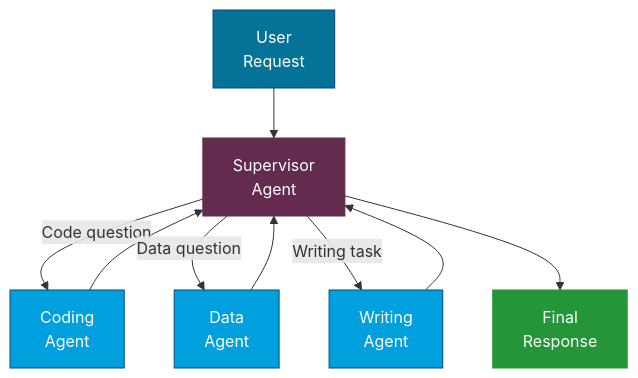
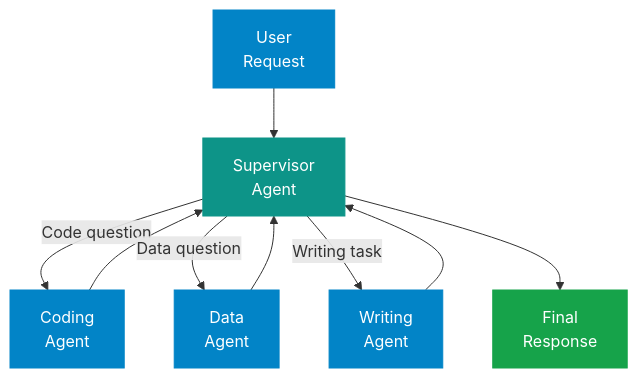
One commit to nitin27may/ai-resources changed the second of 2 diagrams in docs/concepts/agentic-ai.md. Above: the diagram before and after it, drawn with Mermaid. The commit also changed other lines of this file and 84 other files, not shown here.

````diff
--- a/docs/concepts/agentic-ai.md
+++ b/docs/concepts/agentic-ai.md
@@ -178,18 +181,18 @@
 ```mermaid
 graph TD
-    U["User\nRequest"] --> S["Supervisor\nAgent"]
-    S -->|"Code question"| C["Coding\nAgent"]
-    S -->|"Data question"| D["Data\nAgent"]
-    S -->|"Writing task"| W["Writing\nAgent"]
+    U["User<br/>Request"] --> S["Supervisor<br/>Agent"]
+    S -->|"Code question"| C["Coding<br/>Agent"]
+    S -->|"Data question"| D["Data<br/>Agent"]
+    S -->|"Writing task"| W["Writing<br/>Agent"]
     C --> S
     D --> S
     W --> S
-    S --> R["Final\nResponse"]
+    S --> R["Final<br/>Response"]
 
-    style U fill:#057398,stroke:#004987,color:#fff
-    style S fill:#632C4F,stroke:#632C4F,color:#fff
-    style C fill:#00A0DF,stroke:#004987,color:#fff
-    style D fill:#00A0DF,stroke:#004987,color:#fff
-    style W fill:#00A0DF,stroke:#004987,color:#fff
-    style R fill:#259638,stroke:#259638,color:#fff
+    style U fill:#0284c7,stroke:#0284c7,color:#fff
+    style S fill:#0d9488,stroke:#0d9488,color:#fff
+    style C fill:#0284c7,stroke:#0284c7,color:#fff
+    style D fill:#0284c7,stroke:#0284c7,color:#fff
+    style W fill:#0284c7,stroke:#0284c7,color:#fff
+    style R fill:#16a34a,stroke:#16a34a,color:#fff
 ```
````
